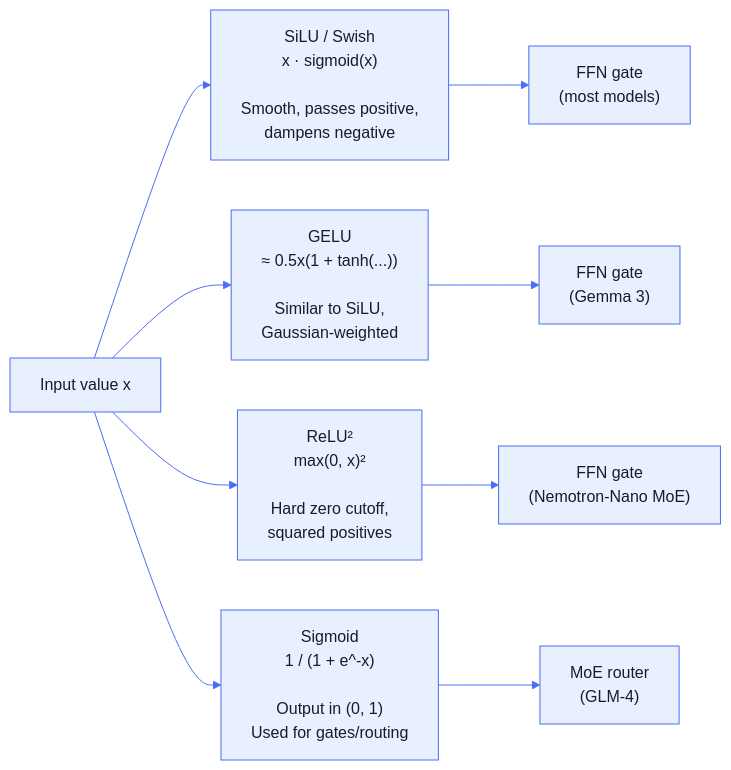
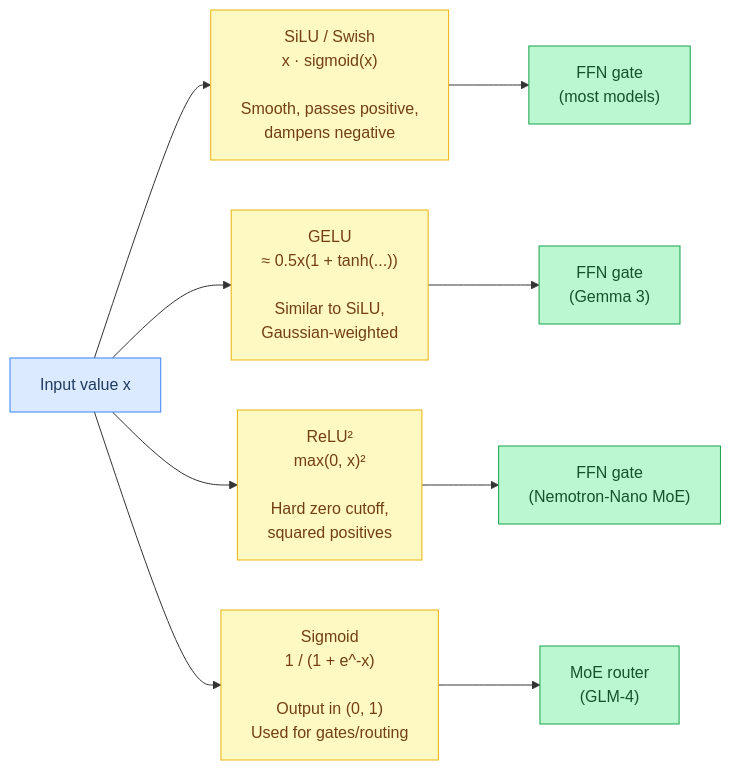
One commit to maci0/agave changed the second of 6 diagrams in docs/tutorial/03-feed-forward-networks.md. Above: the diagram before and after it, drawn with Mermaid. The commit also changed other lines of this file and 24 other files, not shown here.

First line of the commit message:
docs: convert all mermaid diagrams to classDef semantic colors

````diff
--- a/docs/tutorial/03-feed-forward-networks.md
+++ b/docs/tutorial/03-feed-forward-networks.md
@@ -55,26 +54,28 @@
 ```mermaid
-%%{init: {'theme': 'base', 'themeVariables': {
-  'primaryColor': '#e8f0fe',
-  'primaryTextColor': '#1a1a2e',
-  'primaryBorderColor': '#4a6cf7',
-  'lineColor': '#4a6cf7',
-  'secondaryColor': '#f0f4ff',
-  'tertiaryColor': '#f8f9ff',
-  'edgeLabelBackground': '#ffffff',
-  'clusterBkg': '#f0f4ff',
-  'clusterBorder': '#4a6cf7',
-  'titleColor': '#1a1a2e',
-  'nodeTextColor': '#1a1a2e',
-  'fontFamily': 'ui-monospace, SFMono-Regular, monospace'
-}}}%%
 flowchart LR
-    Input["Input value x"] --> SiLU["SiLU / Swish\nx · sigmoid(x)\n\nSmooth, passes positive,\ndampens negative"]
-    Input --> GELU["GELU\n≈ 0.5x(1 + tanh(...))\n\nSimilar to SiLU,\nGaussian-weighted"]
-    Input --> ReLU2["ReLU²\nmax(0, x)²\n\nHard zero cutoff,\nsquared positives"]
-    Input --> Sigmoid["Sigmoid\n1 / (1 + e^-x)\n\nOutput in (0, 1)\nUsed for gates/routing"]
+    classDef setup     fill:#dbeafe,stroke:#3b82f6,color:#1e3a5f
+    classDef sync      fill:#dcfce7,stroke:#22c55e,color:#14532d
+    classDef migration fill:#fef9c3,stroke:#eab308,color:#713f12
+    classDef success   fill:#bbf7d0,stroke:#16a34a,color:#14532d
+    classDef danger    fill:#fee2e2,stroke:#ef4444,color:#7f1d1d
+    classDef optional  fill:#f3e8ff,stroke:#9333ea,color:#581c87
 
-    SiLU --> FFN["FFN gate\n(most models)"]
-    GELU --> FFN2["FFN gate\n(Gemma 3)"]
-    ReLU2 --> FFN3["FFN gate\n(Nemotron-Nano MoE)"]
-    Sigmoid --> Router["MoE router\n(GLM-4)"]
+    Input["Input value x"]:::setup
+    SiLU["SiLU / Swish\nx · sigmoid(x)\n\nSmooth, passes positive,\ndampens negative"]:::migration
+    GELU["GELU\n≈ 0.5x(1 + tanh(...))\n\nSimilar to SiLU,\nGaussian-weighted"]:::migration
+    ReLU2["ReLU²\nmax(0, x)²\n\nHard zero cutoff,\nsquared positives"]:::migration
+    Sigmoid["Sigmoid\n1 / (1 + e^-x)\n\nOutput in (0, 1)\nUsed for gates/routing"]:::migration
+    FFN["FFN gate\n(most models)"]:::success
+    FFN2["FFN gate\n(Gemma 3)"]:::success
+    FFN3["FFN gate\n(Nemotron-Nano MoE)"]:::success
+    Router["MoE router\n(GLM-4)"]:::success
+
+    Input --> SiLU
+    Input --> GELU
+    Input --> ReLU2
+    Input --> Sigmoid
+    SiLU --> FFN
+    GELU --> FFN2
+    ReLU2 --> FFN3
+    Sigmoid --> Router
 ```
````
